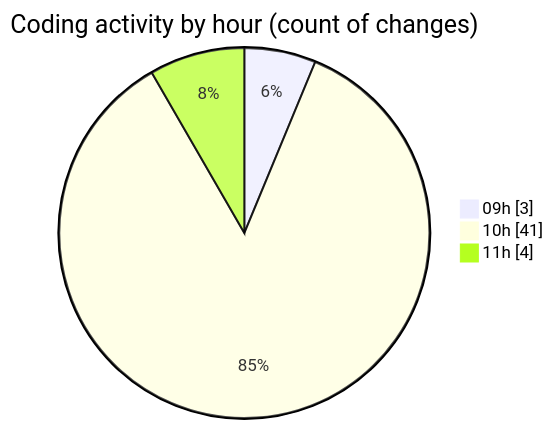
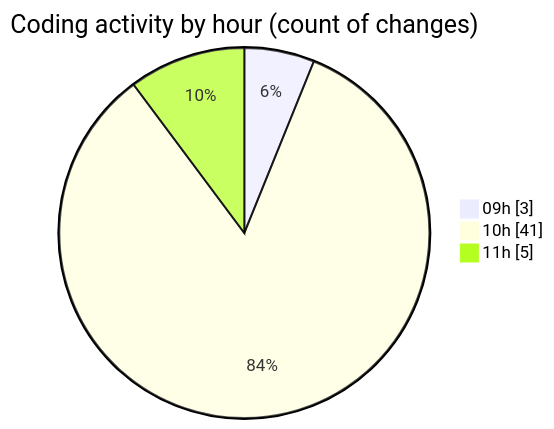
Before and after one commit to CELIANVF/code-tracking: the second of 2 diagrams in 2025-05-19/ecodeli-1/README.md, drawn with Mermaid. The commit also changed other lines of this file and 1 other file, not shown here.

````diff
--- a/2025-05-19/ecodeli-1/README.md
+++ b/2025-05-19/ecodeli-1/README.md
@@ -43,7 +43,7 @@
 ```mermaid
 pie showData
 title Coding activity by hour (count of changes)
 "09h" : 3
 "10h" : 41
-"11h" : 4
+"11h" : 5
 ```
````
